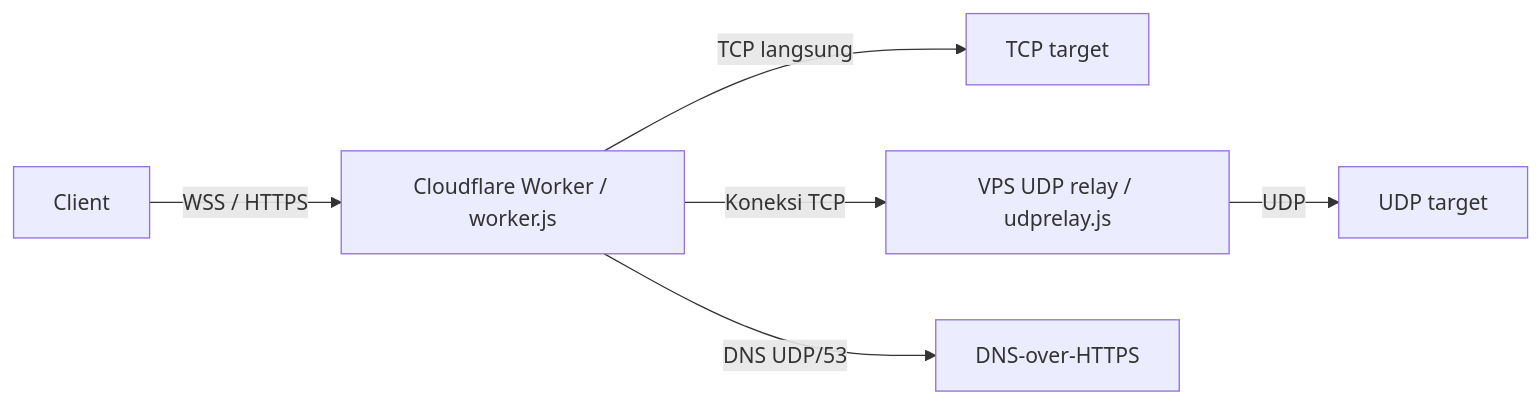
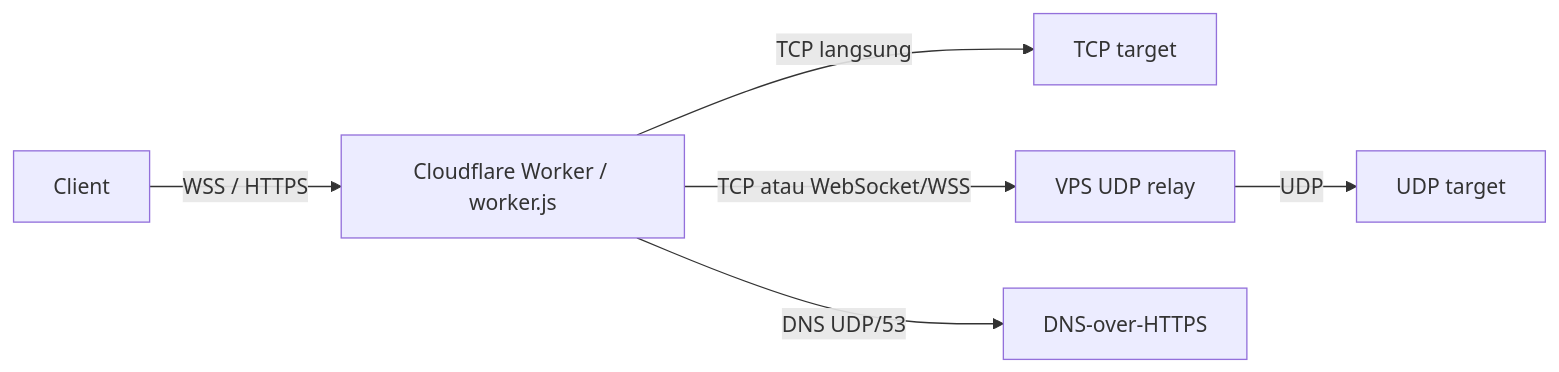
The diagram in README.md (ziyosen/cfw2ray), drawn with Mermaid before and after one commit. The commit also changed other lines of this file and 2 other files, not shown here.

Commit message:
Add WebSocket UDP relay support

````diff
--- a/README.md
+++ b/README.md
@@ -7,8 +7,8 @@
 ```mermaid
 flowchart LR
     C[Client] -->|WSS / HTTPS| W[Cloudflare Worker / worker.js]
     W -->|TCP langsung| T[TCP target]
-    W -->|Koneksi TCP| R[VPS UDP relay / udprelay.js]
+    W -->|TCP atau WebSocket/WSS| R[VPS UDP relay]
     R -->|UDP| U[UDP target]
     W -->|DNS UDP/53| D[DNS-over-HTTPS]
 ```
````
